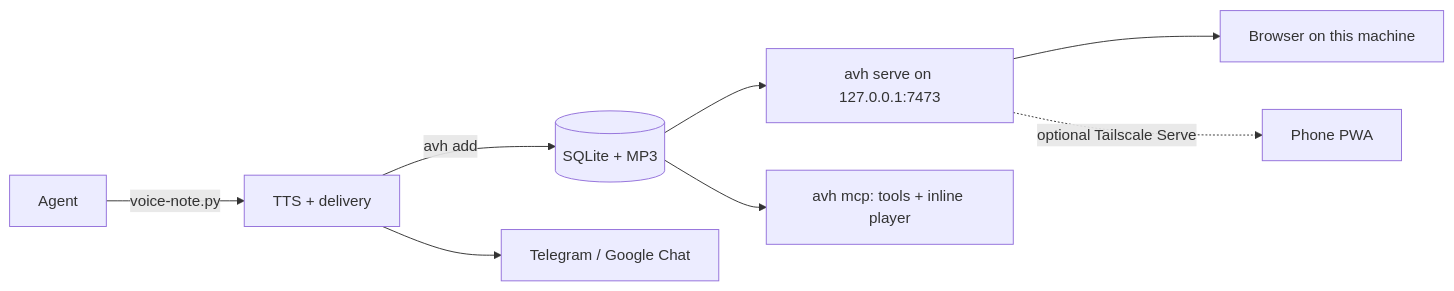
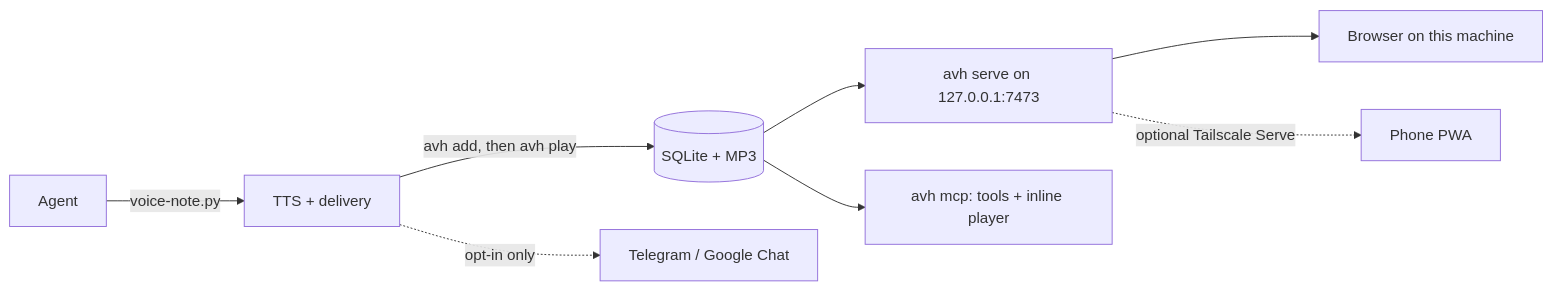
The diagram in tools/voice-hub/README.md (yupipi93/agent-skeleton), drawn with Mermaid before and after one commit. The commit also changed other lines of this file and 23 other files, not shown here.

````diff
--- a/tools/voice-hub/README.md
+++ b/tools/voice-hub/README.md
@@ -54,10 +62,10 @@
 ```mermaid
 flowchart LR
   A[Agent] -->|voice-note.py| V[TTS + delivery]
-  V -->|avh add| S[(SQLite + MP3)]
-  V --> T[Telegram / Google Chat]
+  V -->|avh add, then avh play| S[(SQLite + MP3)]
+  V -.->|opt-in only| T[Telegram / Google Chat]
   S --> H[avh serve on 127.0.0.1:7473]
   H --> B[Browser on this machine]
   H -.->|optional Tailscale Serve| P[Phone PWA]
   S --> C[avh mcp: tools + inline player]
 ```
````
